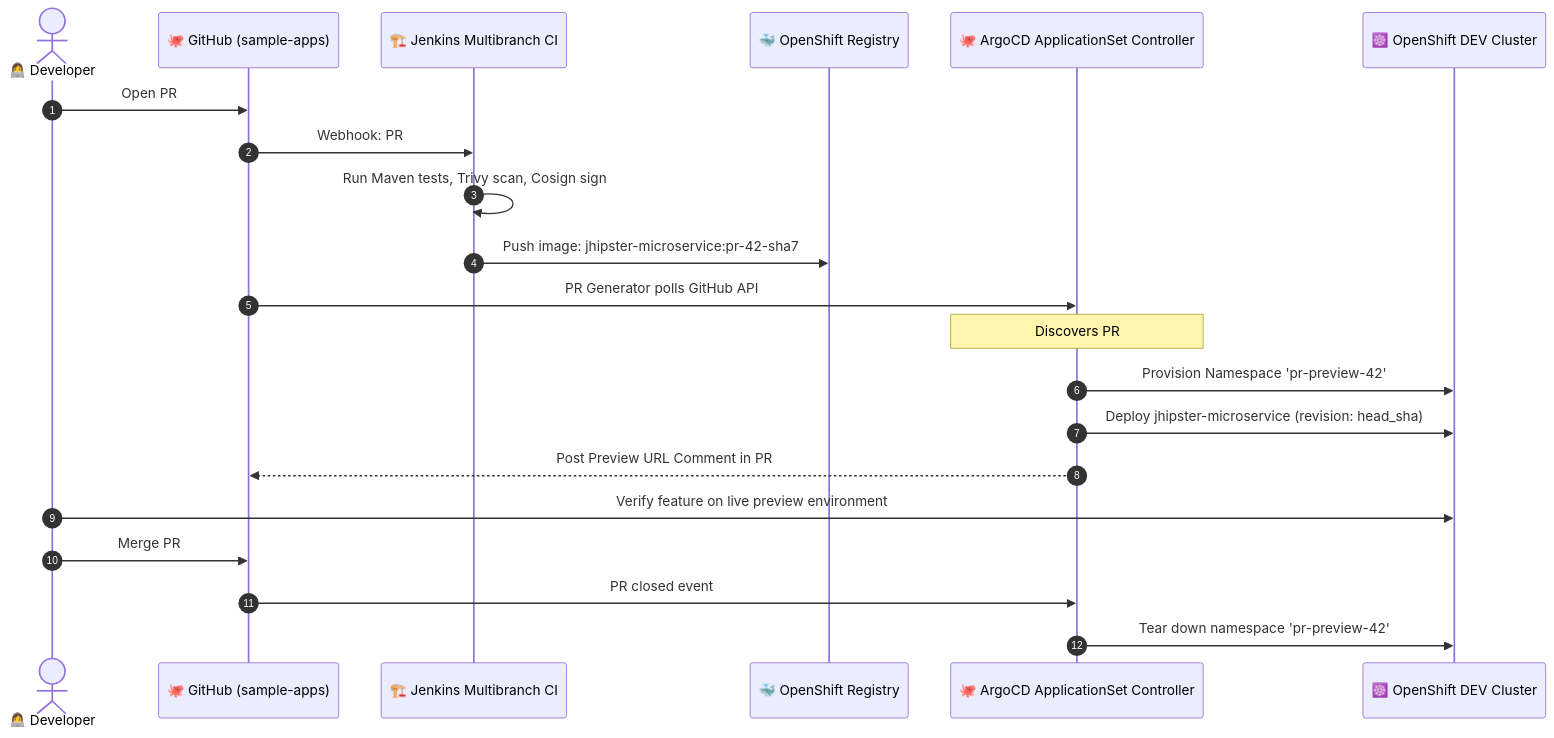
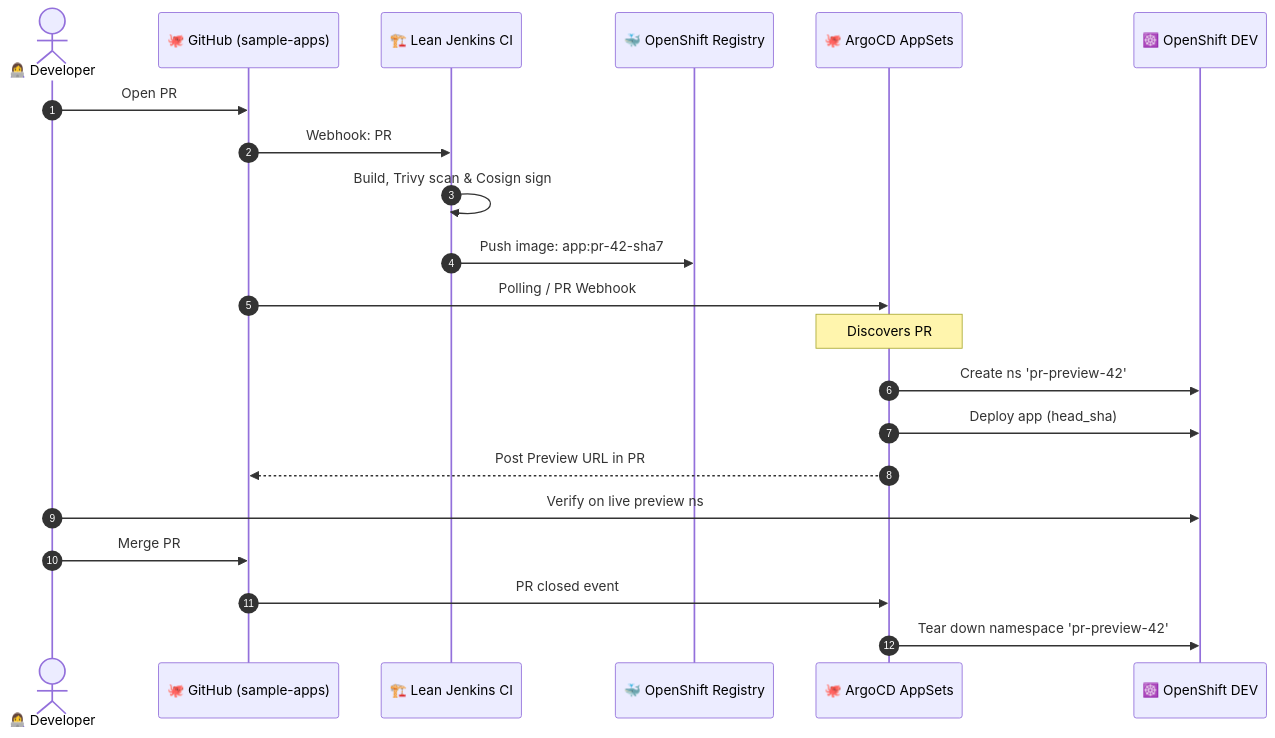
Before and after one commit to nubenetes/jenkins-without-git-parameter: the ninth of 14 diagrams in README.md, drawn with Mermaid. The commit also changed other lines of this file, not shown here.

Commit message:
fix(mermaid): comprehensive overhaul of all diagrams (topology, PR preview, promotion, zero-trust) to prevent text clipping

````diff
--- a/README.md
+++ b/README.md
@@ -680,27 +681,27 @@
 ```mermaid
 sequenceDiagram
     autonumber
     actor Dev as 👩‍💻 Developer
     participant GitHub as 🐙 GitHub (sample-apps)
-    participant Jenkins as 🏗️ Jenkins Multibranch CI
+    participant Jenkins as 🏗️ Lean Jenkins CI
     participant Registry as 🐳 OpenShift Registry
-    participant ArgoCD as 🐙 ArgoCD ApplicationSet Controller
-    participant Cluster as ☸️ OpenShift DEV Cluster
+    participant ArgoCD as 🐙 ArgoCD AppSets
+    participant Cluster as ☸️ OpenShift DEV
 
-    Dev->>GitHub: Open PR #42 (feature/new-api)
+    Dev->>GitHub: Open PR #42 (feature-branch)
     GitHub->>Jenkins: Webhook: PR #42 created
-    Jenkins->>Jenkins: Run Maven tests, Trivy scan, Cosign sign
-    Jenkins->>Registry: Push image: jhipster-microservice:pr-42-sha7
+    Jenkins->>Jenkins: Build, Trivy scan & Cosign sign
+    Jenkins->>Registry: Push image: app:pr-42-sha7
     
-    GitHub->>ArgoCD: PR Generator polls GitHub API
-    Note over ArgoCD: Discovers PR #42 with label 'preview-environment'
-    ArgoCD->>Cluster: Provision Namespace 'pr-preview-42'
-    ArgoCD->>Cluster: Deploy jhipster-microservice (revision: head_sha)
-    ArgoCD-->>GitHub: Post Preview URL Comment in PR #42
+    GitHub->>ArgoCD: Polling / PR Webhook
+    Note over ArgoCD: Discovers PR #42<br/>label: preview-environment
+    ArgoCD->>Cluster: Create ns 'pr-preview-42'
+    ArgoCD->>Cluster: Deploy app (head_sha)
+    ArgoCD-->>GitHub: Post Preview URL in PR #42
     
-    Dev->>Cluster: Verify feature on live preview environment
+    Dev->>Cluster: Verify on live preview ns
     
     Dev->>GitHub: Merge PR #42 into main
     GitHub->>ArgoCD: PR closed event
     ArgoCD->>Cluster: Tear down namespace 'pr-preview-42'
 ```
````
